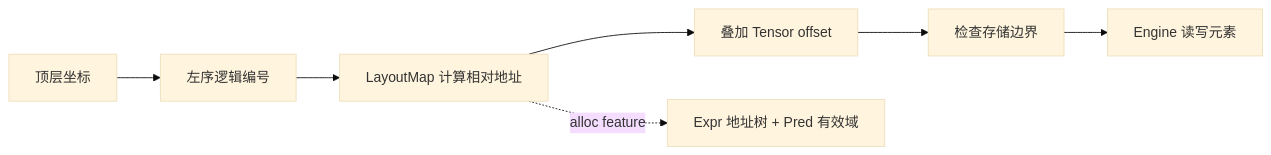
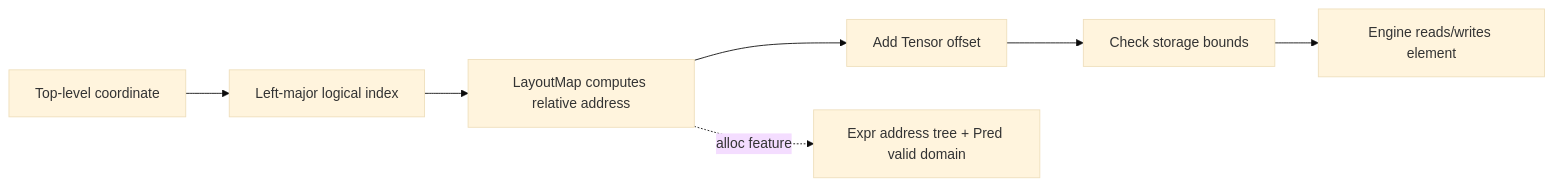
One commit to KEVINtoto/noodle-cute changed the diagram in docs/engineering-implementation.md. Above: the diagram before and after it, drawn with Mermaid (base theme). The commit also changed other lines of this file and 2 other files, not shown here.

````diff
--- a/docs/engineering-implementation.md
+++ b/docs/engineering-implementation.md
@@ -21,9 +21,9 @@
 ```mermaid
 flowchart LR
-    C[顶层坐标] --> I[左序逻辑编号]
-    I --> L[LayoutMap 计算相对地址]
-    L --> O[叠加 Tensor offset]
-    O --> B[检查存储边界]
-    B --> E[Engine 读写元素]
-    L -. alloc feature .-> X[Expr 地址树 + Pred 有效域]
+    C[Top-level coordinate] --> I[Left-major logical index]
+    I --> L[LayoutMap computes relative address]
+    L --> O[Add Tensor offset]
+    O --> B[Check storage bounds]
+    B --> E[Engine reads/writes element]
+    L -. alloc feature .-> X[Expr address tree + Pred valid domain]
 ```
````
